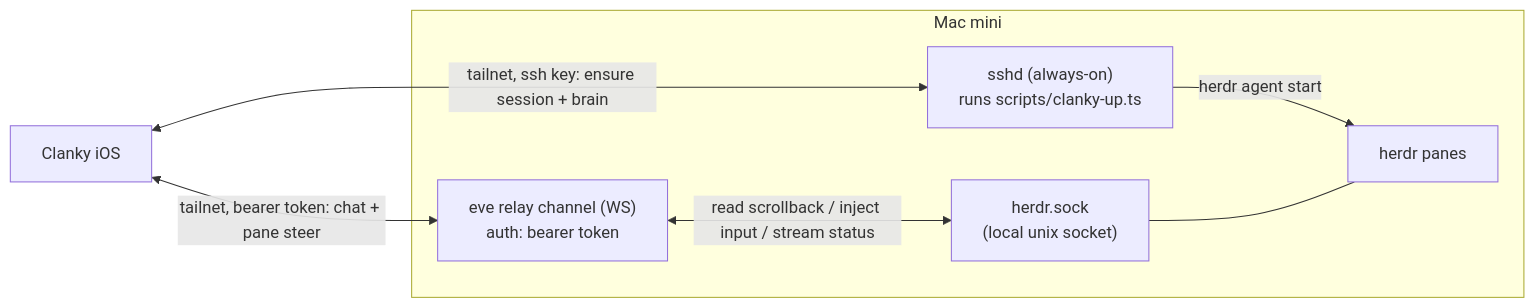
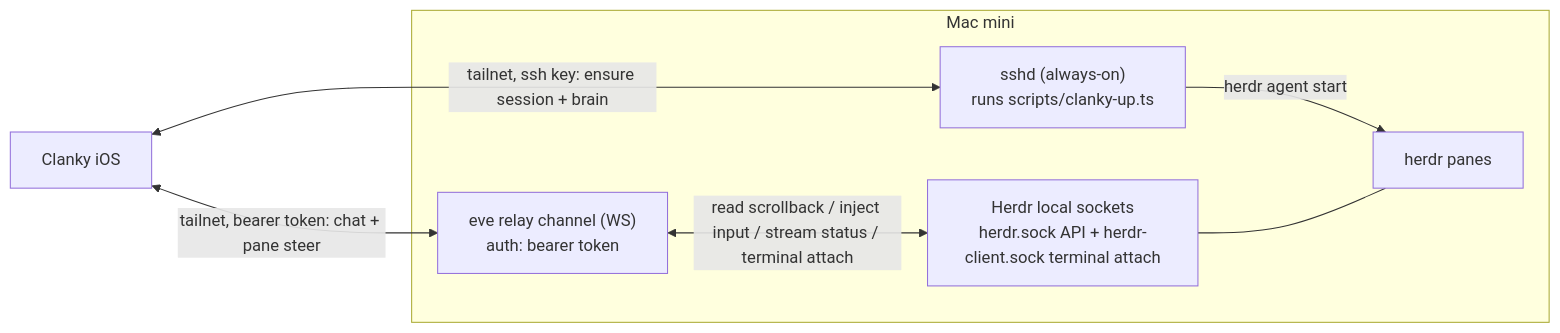
Before and after one commit to Volpestyle/clanky: the second of 3 diagrams in SPEC.md, drawn with Mermaid. The commit also changed other lines of this file and 1 other file, not shown here.

Commit message:
Clarify Herdr relay socket docs

````diff
--- a/SPEC.md
+++ b/SPEC.md
@@ -269,15 +270,15 @@
 ```mermaid
 flowchart LR
   phone["Clanky iOS"]
   subgraph mac["Mac mini"]
     sshd["sshd (always-on)<br/>runs scripts/clanky-up.ts"]
     relay["eve relay channel (WS)<br/>auth: bearer token"]
-    sock["herdr.sock<br/>(local unix socket)"]
+    sock["Herdr local sockets<br/>herdr.sock API + herdr-client.sock terminal attach"]
     herdr["herdr panes"]
   end
   phone <-->|tailnet, ssh key: ensure session + brain| sshd
   phone <-->|tailnet, bearer token: chat + pane steer| relay
   sshd -->|herdr agent start| herdr
-  relay <-->|read scrollback / inject input / stream status| sock
+  relay <-->|read scrollback / inject input / stream status / terminal attach| sock
   sock --- herdr
 ```
````
